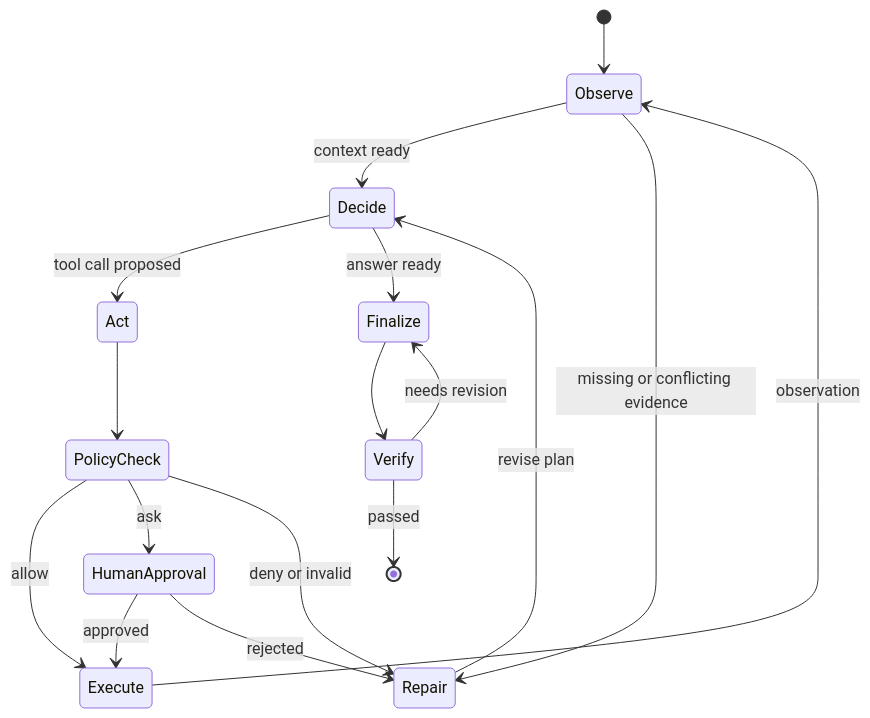
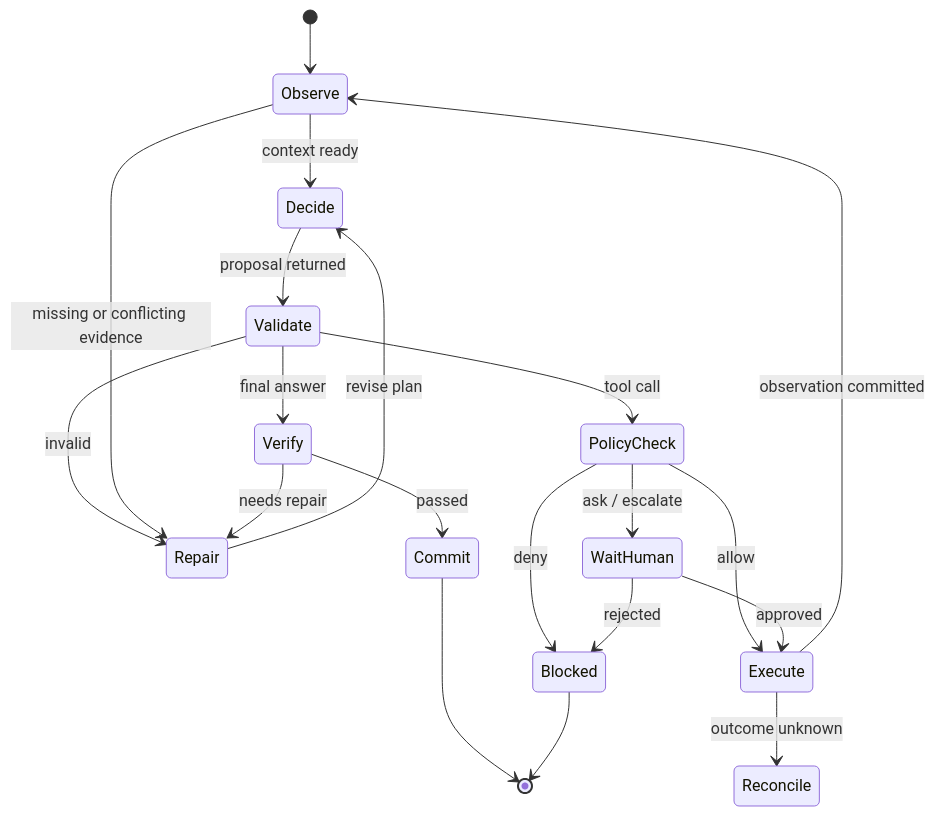
Before and after one commit to wxquare/wxquare.github.io: the seventh of 13 diagrams in books/ai-book/src/part3/03-agent-runtime.md, drawn with Mermaid. The commit also changed other lines of this file and 3 other files, not shown here.

````diff
--- a/books/ai-book/src/part3/03-agent-runtime.md
+++ b/books/ai-book/src/part3/03-agent-runtime.md
@@ -1978,19 +956,22 @@
 ```mermaid
 stateDiagram-v2
     [*] --> Observe
     Observe --> Decide: context ready
-    Decide --> Act: tool call proposed
-    Decide --> Finalize: answer ready
-    Act --> PolicyCheck
+    Decide --> Validate: proposal returned
+    Validate --> Repair: invalid
+    Validate --> PolicyCheck: tool call
+    Validate --> Verify: final answer
     PolicyCheck --> Execute: allow
-    PolicyCheck --> HumanApproval: ask
-    PolicyCheck --> Repair: deny or invalid
-    HumanApproval --> Execute: approved
-    HumanApproval --> Repair: rejected
-    Execute --> Observe: observation
+    PolicyCheck --> WaitHuman: ask / escalate
+    PolicyCheck --> Blocked: deny
+    WaitHuman --> Execute: approved
+    WaitHuman --> Blocked: rejected
+    Execute --> Observe: observation committed
+    Execute --> Reconcile: outcome unknown
     Observe --> Repair: missing or conflicting evidence
     Repair --> Decide: revise plan
-    Finalize --> Verify
-    Verify --> Finalize: needs revision
-    Verify --> [*]: passed
+    Verify --> Repair: needs repair
+    Verify --> Commit: passed
+    Commit --> [*]
+    Blocked --> [*]
 ```
````
